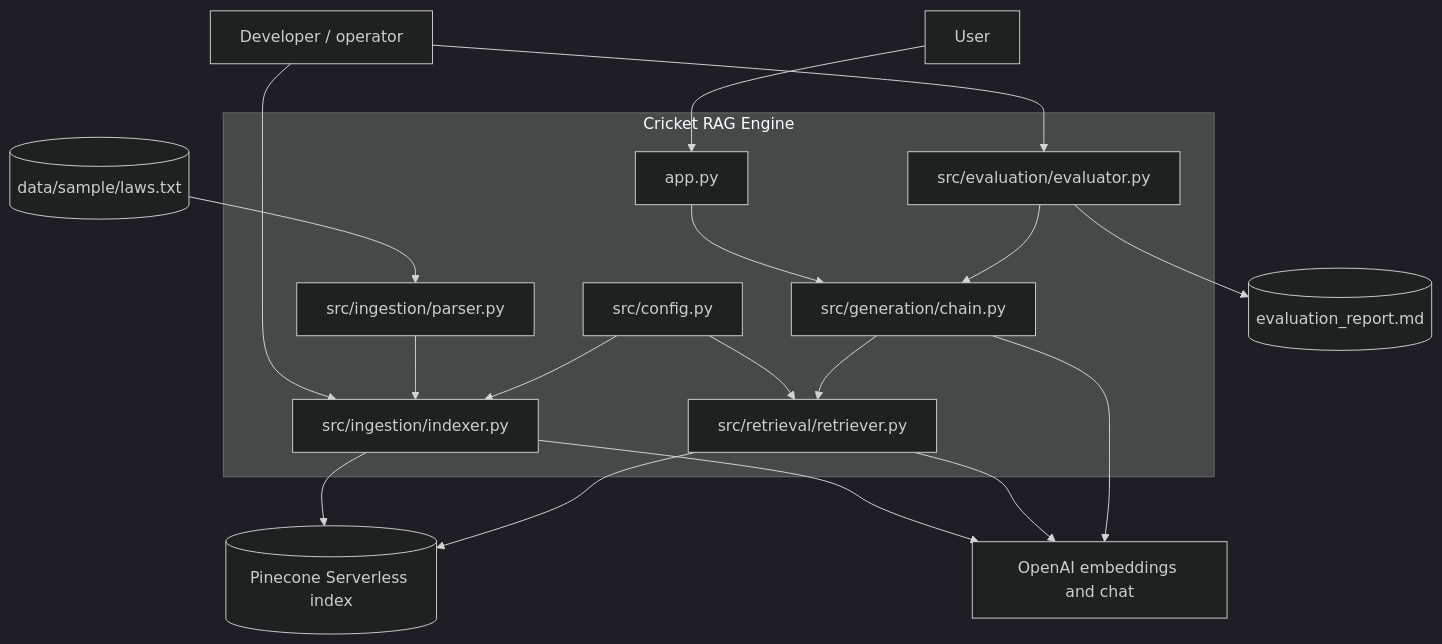
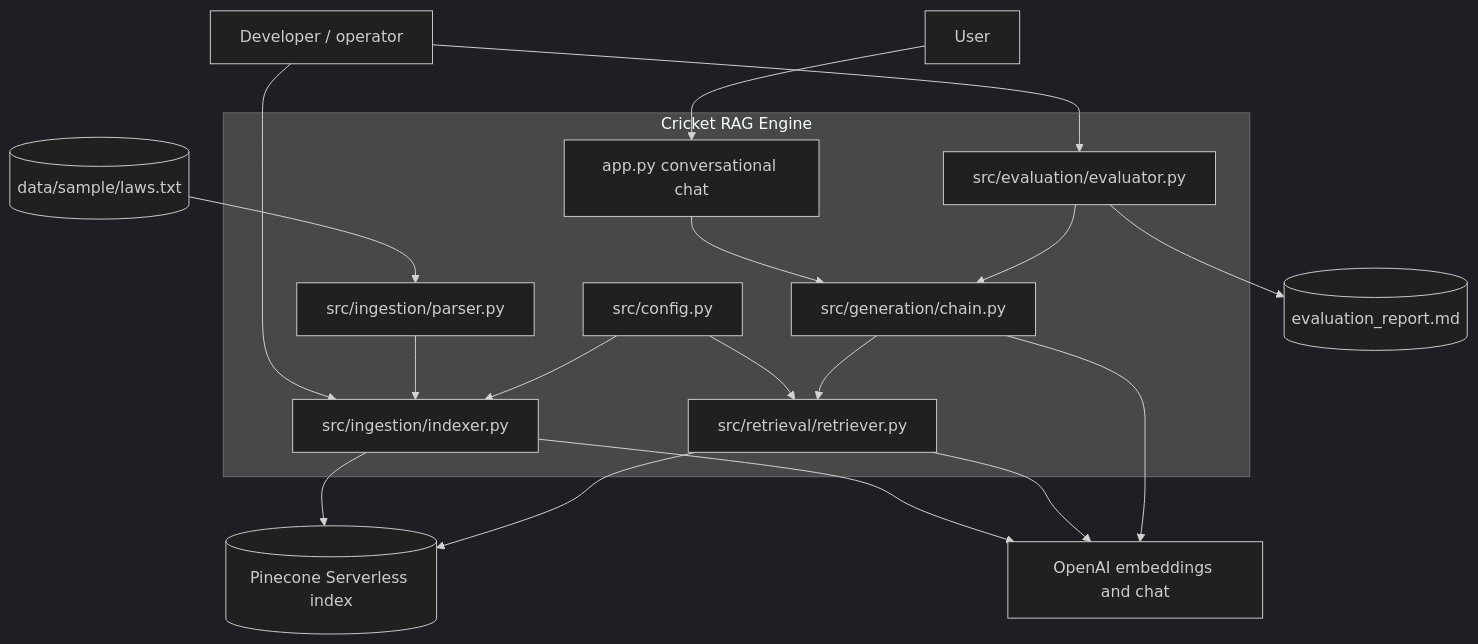
One commit to shanly-rajan/ai-builder changed the first of 3 diagrams in projects/cricket-rag-engine/docs/architecture.md. Above: the diagram before and after it, drawn with Mermaid (dark theme). The commit also changed other lines of this file and 2 other files, not shown here.

Commit message:
feat: enhance evaluation and architecture documentation for error handling and UI improvements

````diff
--- a/projects/cricket-rag-engine/docs/architecture.md
+++ b/projects/cricket-rag-engine/docs/architecture.md
@@ -23,36 +23,36 @@
 ```mermaid
 flowchart TB
     Operator[Developer / operator]
     User[User]
 
     subgraph Application[Cricket RAG Engine]
         Config[src/config.py]
         Parser[src/ingestion/parser.py]
         Indexer[src/ingestion/indexer.py]
         Retriever[src/retrieval/retriever.py]
         Chain[src/generation/chain.py]
-        UI[app.py]
+        UI[app.py conversational chat]
         Eval[src/evaluation/evaluator.py]
     end
 
     Corpus[(data/sample/laws.txt)]
     OpenAI[OpenAI embeddings and chat]
     Pinecone[(Pinecone Serverless index)]
     Report[(evaluation_report.md)]
 
     Operator --> Indexer
     Corpus --> Parser --> Indexer
     Config --> Indexer
     Indexer --> OpenAI
     Indexer --> Pinecone
 
     User --> UI --> Chain
     Config --> Retriever
     Chain --> Retriever
     Retriever --> OpenAI
     Retriever --> Pinecone
     Chain --> OpenAI
 
     Operator --> Eval --> Chain
     Eval --> Report
 ```
````
